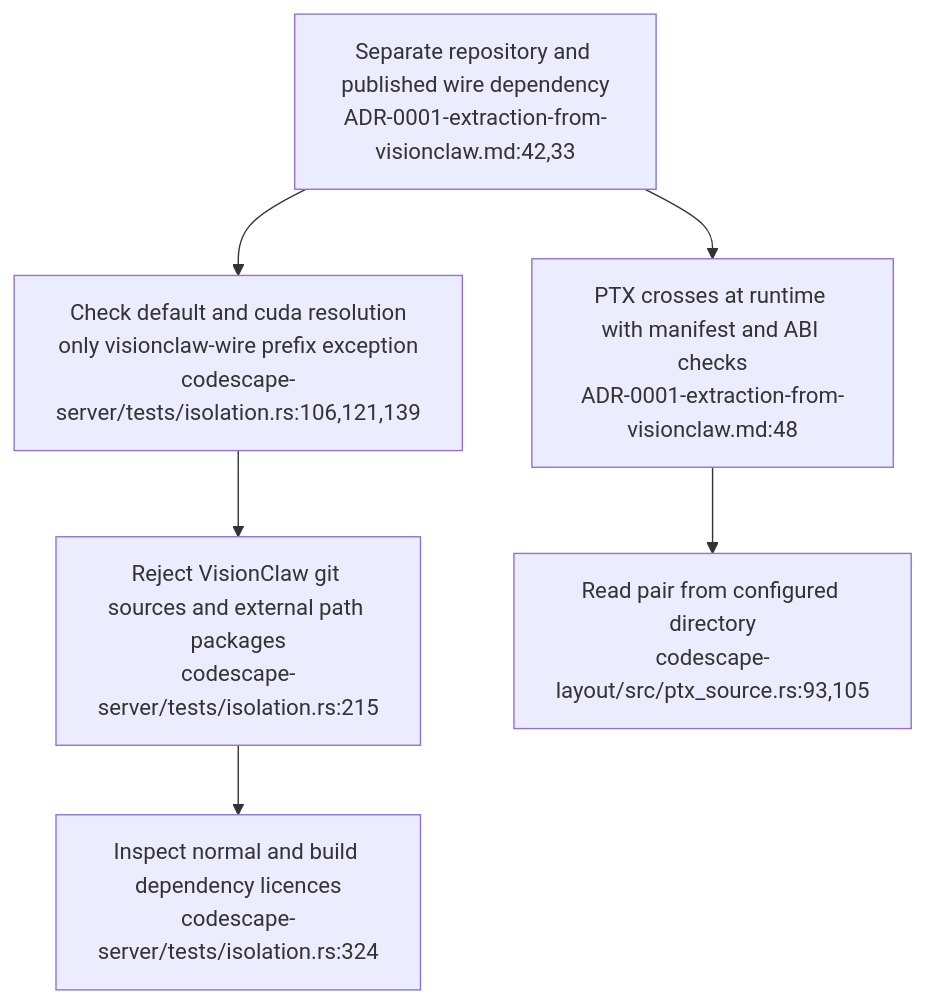
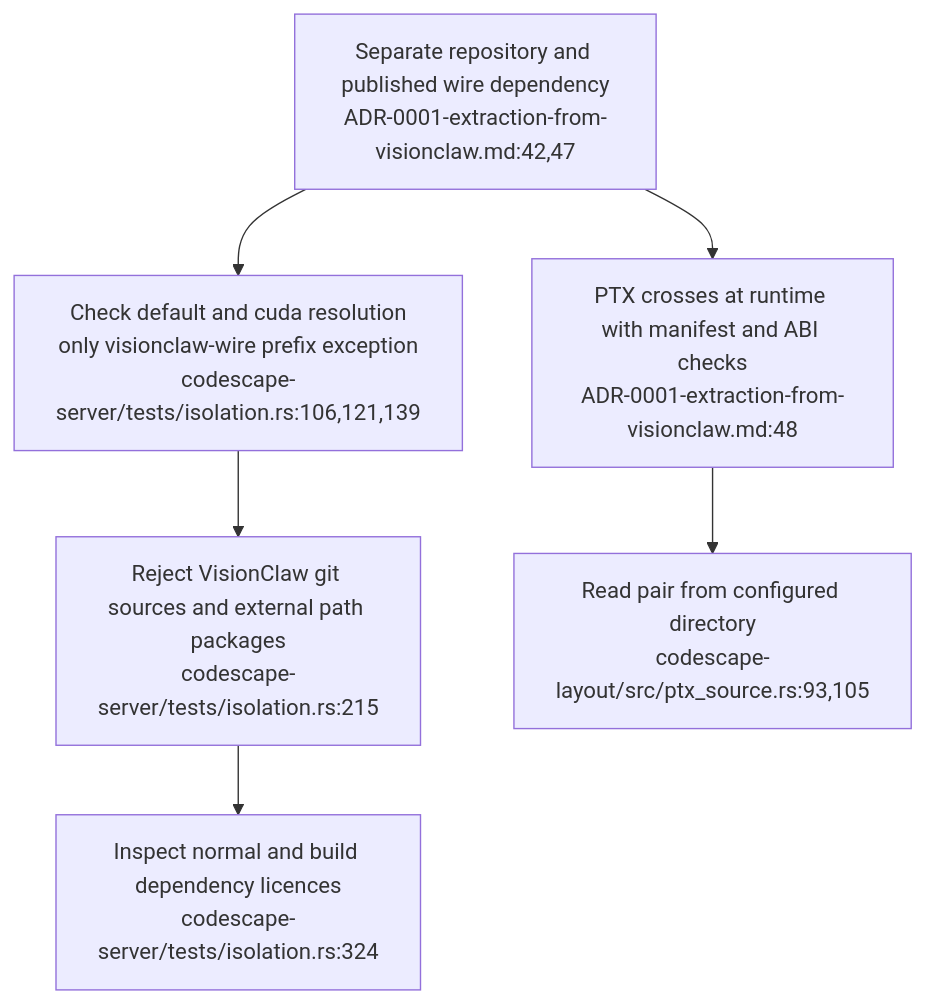
Before and after one commit to DreamLab-AI/VisionFlow: the first of 4 diagrams in docs/diagrams/visionclaw/42-codescape-command-policy-and-runtime-artefacts.md, drawn with Mermaid. The commit also changed 8 other files, not shown here.

First line of the commit message:
docs(diagrams): semantic sweep fixes before merge

````diff
--- a/docs/diagrams/visionclaw/42-codescape-command-policy-and-runtime-artefacts.md
+++ b/docs/diagrams/visionclaw/42-codescape-command-policy-and-runtime-artefacts.md
@@ -35,8 +35,8 @@
 ```mermaid
 flowchart TD
-    DEC["Separate repository and published wire dependency<br/>ADR-0001-extraction-from-visionclaw.md:42,33"] --> ISO["Check default and cuda resolution<br/>only visionclaw-wire prefix exception<br/>codescape-server/tests/isolation.rs:106,121,139"]
+    DEC["Separate repository and published wire dependency<br/>ADR-0001-extraction-from-visionclaw.md:42,47"] --> ISO["Check default and cuda resolution<br/>only visionclaw-wire prefix exception<br/>codescape-server/tests/isolation.rs:106,121,139"]
     ISO --> PATH["Reject VisionClaw git sources and external path packages<br/>codescape-server/tests/isolation.rs:215"]
     PATH --> LIC["Inspect normal and build dependency licences<br/>codescape-server/tests/isolation.rs:324"]
     DEC --> GPU["PTX crosses at runtime with manifest and ABI checks<br/>ADR-0001-extraction-from-visionclaw.md:48"]
     GPU --> LOAD["Read pair from configured directory<br/>codescape-layout/src/ptx_source.rs:93,105"]
 ```
````
